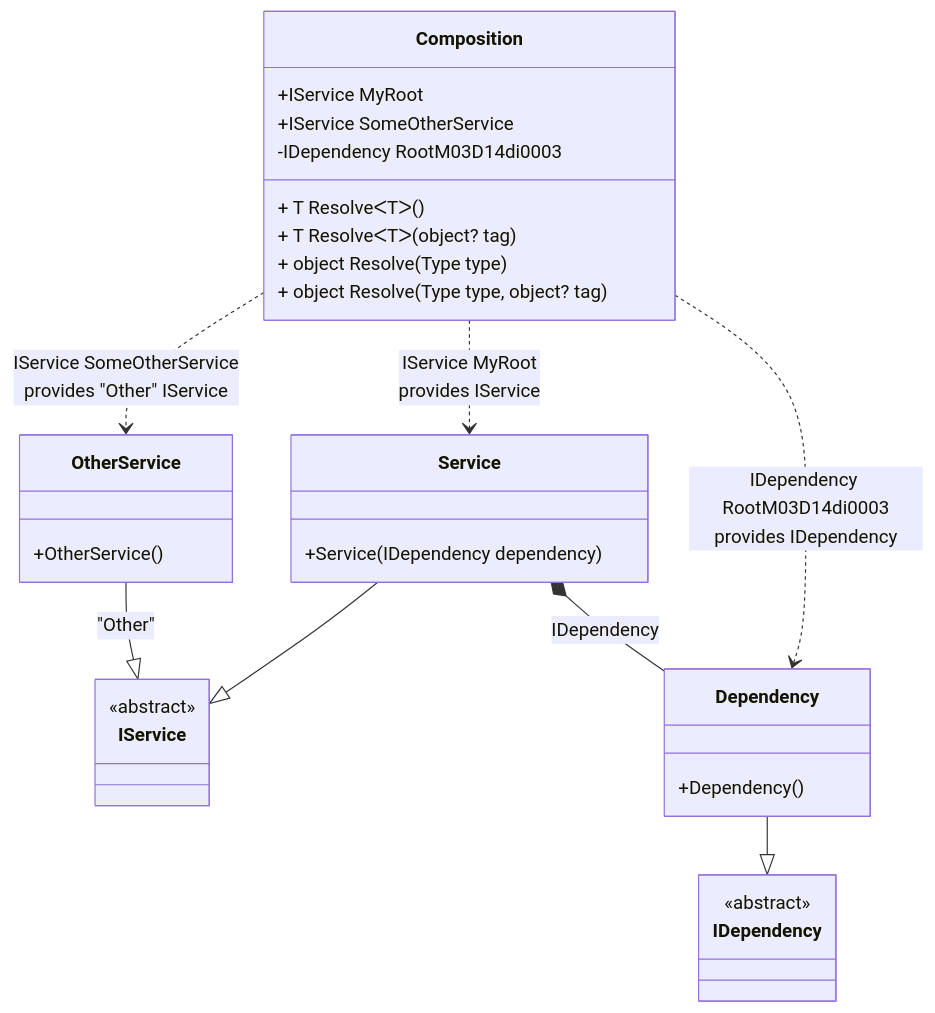
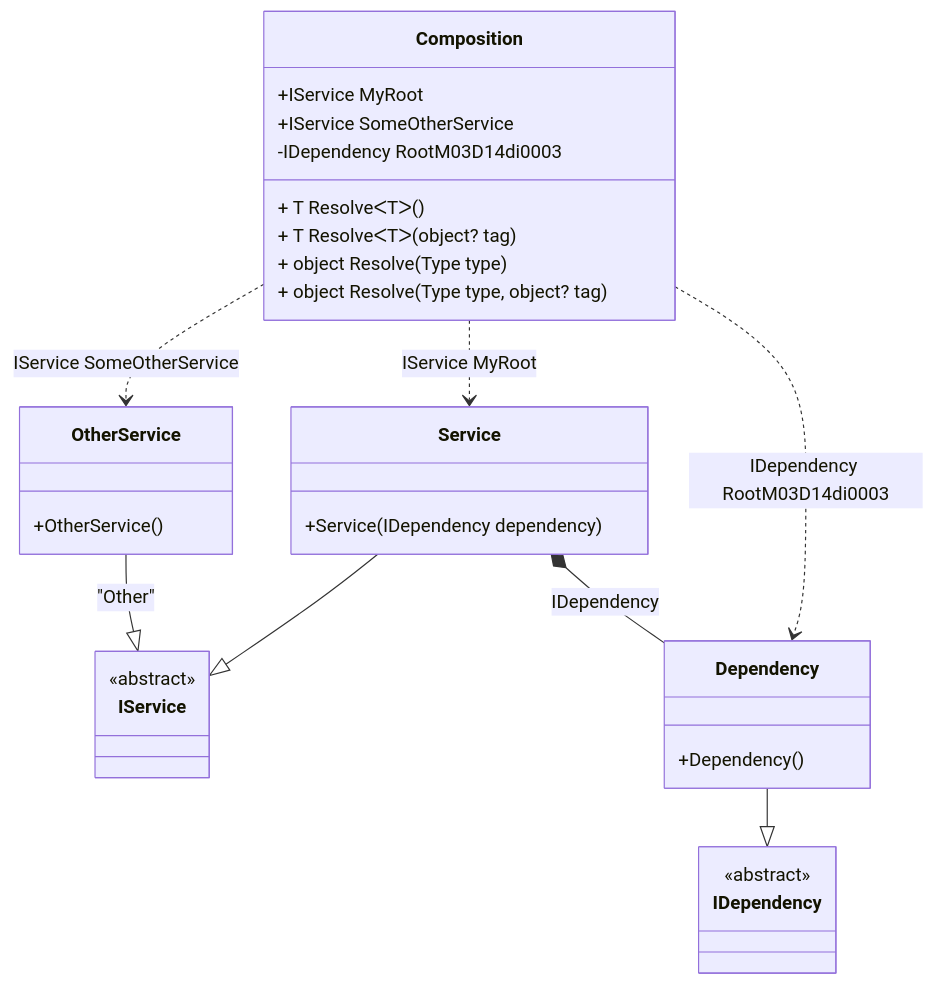
One commit to DevTeam/Pure.DI changed the diagram in readme/composition-roots.md. Above: the diagram before and after it, drawn with Mermaid. The commit also changed other lines of this file and 74 other files, not shown here.

````diff
--- a/readme/composition-roots.md
+++ b/readme/composition-roots.md
@@ -69,34 +69,34 @@
 ```mermaid
 classDiagram
   class Composition {
     +IService MyRoot
     +IService SomeOtherService
     -IDependency RootM03D14di0003
     + T ResolveᐸTᐳ()
     + T ResolveᐸTᐳ(object? tag)
     + object Resolve(Type type)
     + object Resolve(Type type, object? tag)
   }
   Service --|> IService : 
   class Service {
     +Service(IDependency dependency)
   }
   OtherService --|> IService : "Other" 
   class OtherService {
     +OtherService()
   }
   Dependency --|> IDependency : 
   class Dependency {
     +Dependency()
   }
   class IService {
     <<abstract>>
   }
   class IDependency {
     <<abstract>>
   }
   Service *--  Dependency : IDependency
-  Composition ..> OtherService : IService SomeOtherService<br/>provides "Other" IService
-  Composition ..> Service : IService MyRoot<br/>provides IService
-  Composition ..> Dependency : IDependency RootM03D14di0003<br/>provides IDependency
+  Composition ..> OtherService : IService SomeOtherService
+  Composition ..> Service : IService MyRoot
+  Composition ..> Dependency : IDependency RootM03D14di0003
 ```
````
